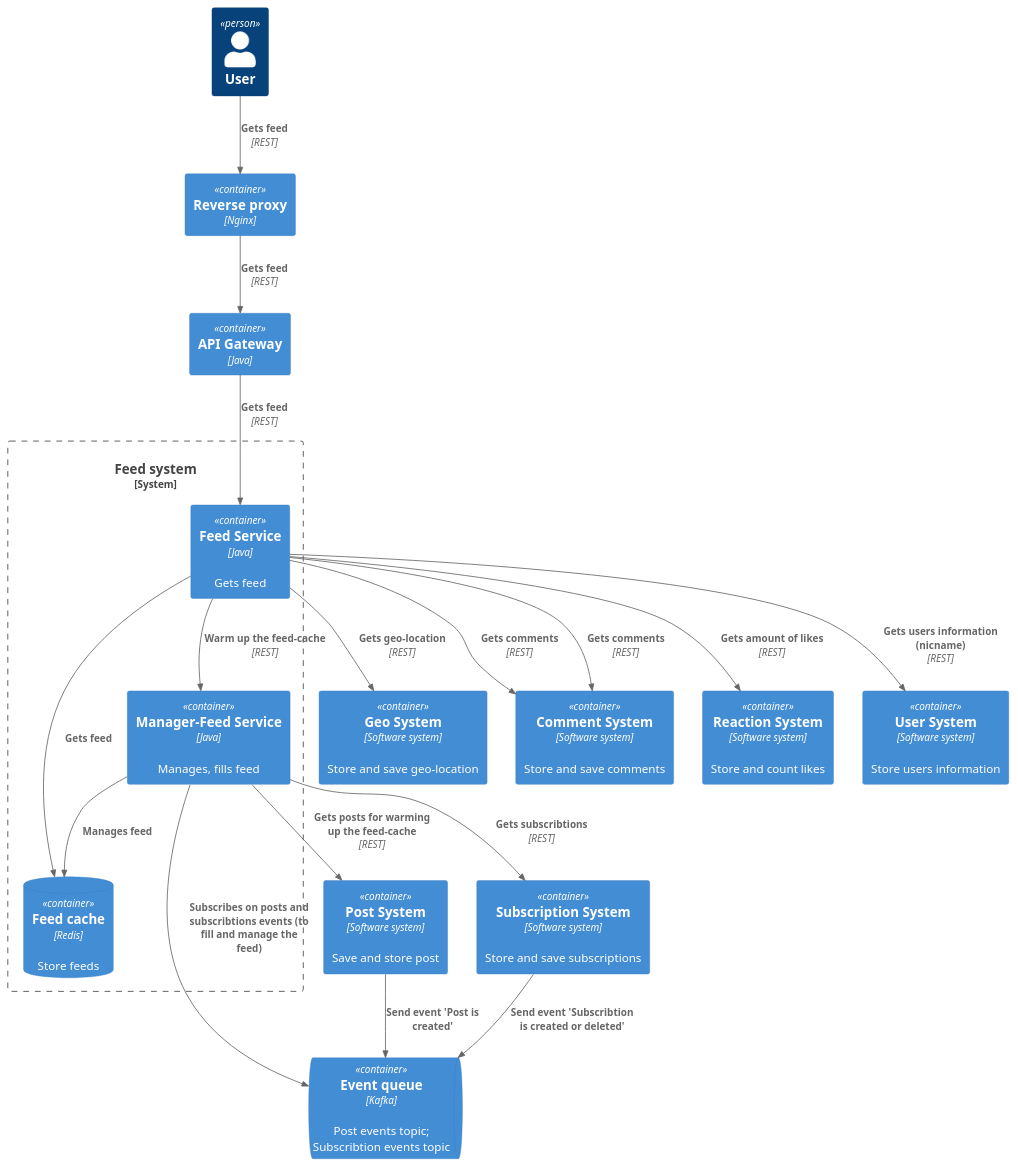
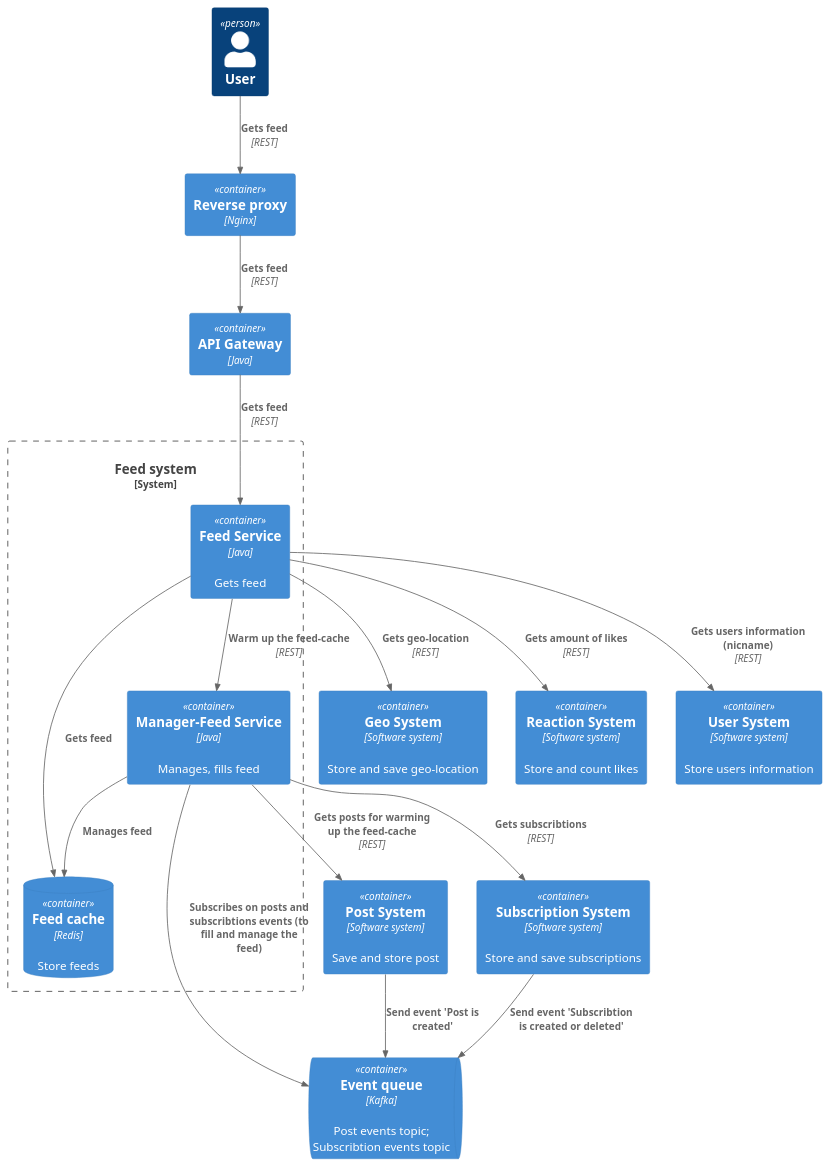
The diagram in architecture/feed_system/container.puml (K0ncsss/-social_network_system_design), drawn with PlantUML before and after one commit. The commit also changed 6 other files, not shown here.

```diff
--- a/architecture/feed_system/container.puml
+++ b/architecture/feed_system/container.puml
@@ -1,41 +1,38 @@
 @startuml
 !include https://raw.githubusercontent.com/plantuml-stdlib/C4-PlantUML/master/C4_Container.puml
 
 Person(user, "User")
 Container(LB, "Reverse proxy", "Nginx", "")
 Container(api, "API Gateway", "Java")
 Container(api, "API Gateway", "Java")
 ContainerQueue(EventQ, "Event queue", "Kafka", "Post events topic; Subscribtion events topic")
 Container(PostSystem, "Post System", "Software system", "Save and store post")
 Container(SubscrSystem, "Subscription System", "Software system", "Store and save subscriptions")
 Container(GeoSystem, "Geo System", "Software system", "Store and save geo-location")
-Container(CommentSystem, "Comment System", "Software system", "Store and save comments")
 Container(ReactionSystem, "Reaction System", "Software system", "Store and count likes")
 Container(UserSystem, "User System", "Software system", "Store users information")
 
 
 System_Boundary(FeedSystem, "Feed system") {
 Container(FeedService, "Feed Service", "Java", "Gets feed")
 Container(ManagerFeedService, "Manager-Feed Service", "Java", "Manages, fills feed")
 ContainerDb(FeedDb, "Feed cache", "Redis", "Store feeds")
 }
 
 
 Rel(user, LB, "Gets feed", "REST")
 Rel(LB, api, "Gets feed", "REST")
 Rel(api, FeedService, "Gets feed", "REST")
 Rel(FeedService, FeedDb, "Gets feed")
 Rel(FeedService, ReactionSystem, "Gets amount of likes", "REST")
 Rel(FeedService, GeoSystem, "Gets geo-location", "REST")
-Rel(FeedService, CommentSystem, "Gets comments", "REST")
-Rel(FeedService, CommentSystem, "Gets comments", "REST")
 Rel(FeedService, UserSystem, "Gets users information (nicname)", "REST")
 Rel(FeedService, ManagerFeedService, "Warm up the feed-cache", "REST")
 
 Rel(ManagerFeedService, FeedDb, "Manages feed")
 Rel(PostSystem, EventQ, "Send event 'Post is created'")
 Rel(SubscrSystem, EventQ, "Send event 'Subscribtion is created or deleted'")
 Rel(ManagerFeedService, SubscrSystem, "Gets subscribtions", "REST")
 Rel(ManagerFeedService, PostSystem, "Gets posts for warming up the feed-cache", "REST")
 Rel(ManagerFeedService, EventQ, "Subscribes on posts and subscribtions events (to fill and manage the feed)")
 @enduml
```
